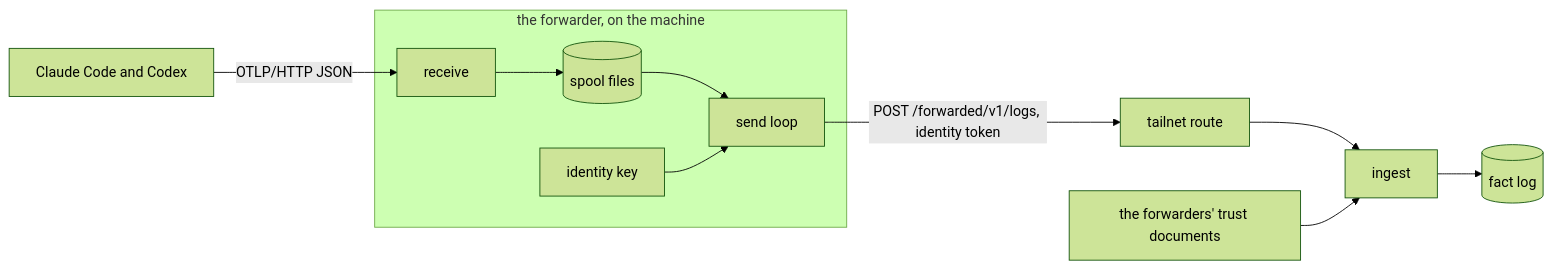
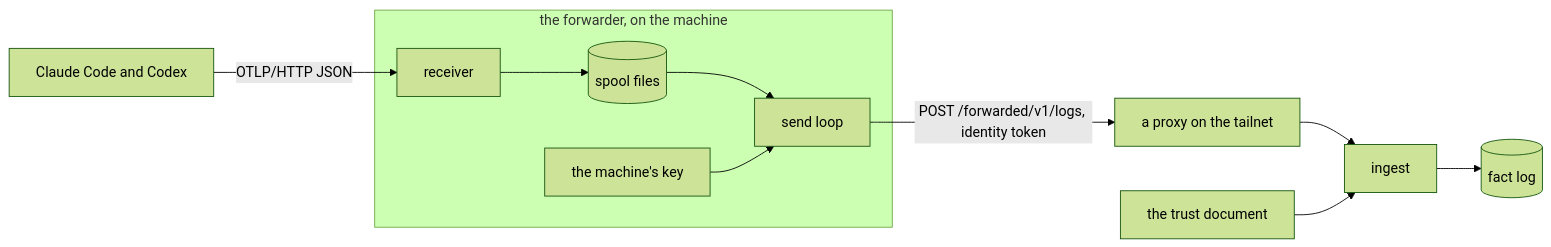
Before and after one commit to zgeoff/pepys: the diagram in docs/design/telemetry-forwarder/README.md, drawn with Mermaid (forest theme). The commit also changed other lines of this file and 2 other files, not shown here.

````diff
--- a/docs/design/telemetry-forwarder/README.md
+++ b/docs/design/telemetry-forwarder/README.md
@@ -21,13 +25,13 @@
 ```mermaid
 flowchart LR
-  agents["Claude Code and Codex"] -->|"OTLP/HTTP JSON"| receive
+  agents["Claude Code and Codex"] -->|"OTLP/HTTP JSON"| receiver
   subgraph forwarder["the forwarder, on the machine"]
-    receive --> spool[("spool files")]
+    receiver --> spool[("spool files")]
     spool --> send["send loop"]
-    key["identity key"] --> send
+    key["the machine's key"] --> send
   end
-  send -->|"POST /forwarded/v1/logs, identity token"| route["tailnet route"]
-  route --> ingest
-  documents["the forwarders' trust documents"] --> ingest
+  send -->|"POST /forwarded/v1/logs, identity token"| proxy["a proxy on the tailnet"]
+  proxy --> ingest
+  documents["the trust document"] --> ingest
   ingest --> log[("fact log")]
 ```
````
